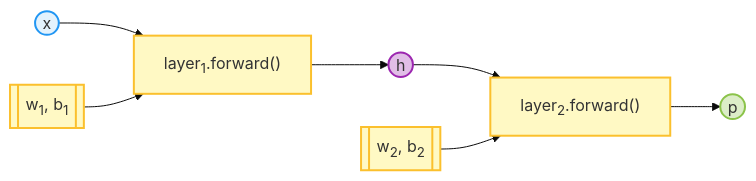
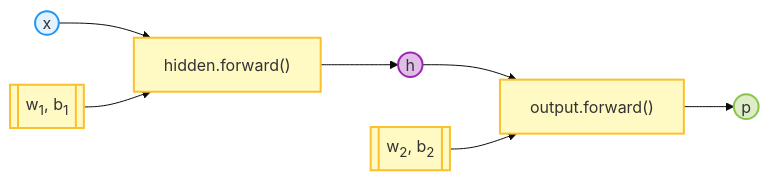
One commit to GPTmini/GPTmini changed the diagram in mermaid-scripts/01-layer-forward.mmd. Above: the diagram before and after it, drawn with Mermaid (base theme). The commit also changed 7 other files, not shown here.

```diff
--- a/mermaid-scripts/01-layer-forward.mmd
+++ b/mermaid-scripts/01-layer-forward.mmd
@@ -1,12 +1,12 @@
 flowchart LR
     classDef in fill:#E3F2FD,stroke:#2196F3,stroke-width:2px;
     classDef model fill:#FFF9C4,stroke:#FBC02D,stroke-width:2px;
     classDef data fill:#E1BEE7,stroke:#9C27B0,stroke-width:2px;
     classDef test fill:#F8BBD0,stroke:#E91E63,stroke-width:2px;
     classDef out fill:#DCEDC8,stroke:#8BC34A,stroke-width:2px;
     classDef skip stroke:#B0BEC5,stroke-width:2px,stroke-dasharray: 5 5;
 
-    X((x)):::in --> H["layer<sub>1</sub>.forward()"]:::model --> M((h)):::data
-    M--> O["layer<sub>2</sub>.forward()"]:::model --> P((p)):::out
+    X((x)):::in --> H["hidden.forward()"]:::model --> M((h)):::data
+    M--> O["output.forward()"]:::model --> P((p)):::out
     W1[[w<sub>1</sub>, b<sub>1</sub>]]:::model --> H
     W2[[w<sub>2</sub>, b<sub>2</sub>]]:::model --> O
```
